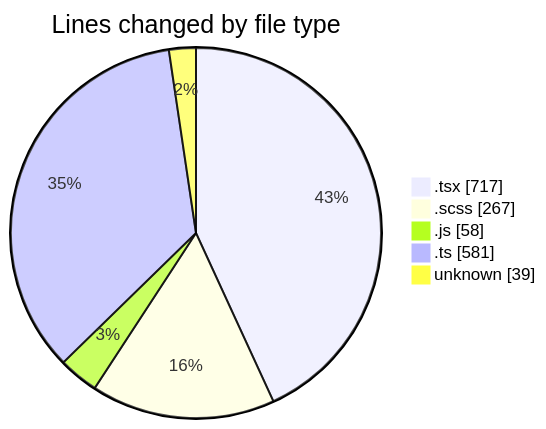
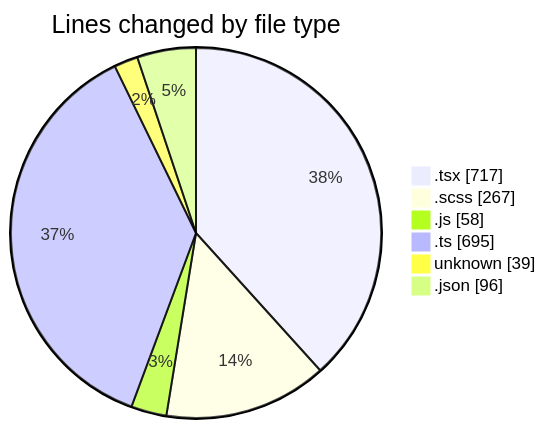
Before and after one commit to momahboobian/code-tracking: the first of 2 diagrams in 2025-05-02/cda/README.md, drawn with Mermaid. The commit also changed other lines of this file and 1 other file, not shown here.

````diff
--- a/2025-05-02/cda/README.md
+++ b/2025-05-02/cda/README.md
@@ -29,9 +31,10 @@
 ```mermaid
 pie showData
 title Lines changed by file type
 ".tsx" : 717
 ".scss" : 267
 ".js" : 58
-".ts" : 581
+".ts" : 695
 "unknown" : 39
+".json" : 96
 ```
````
